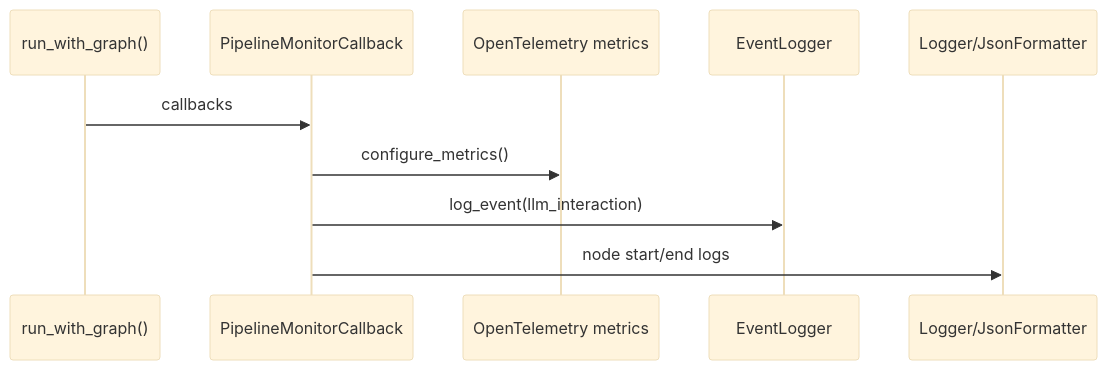
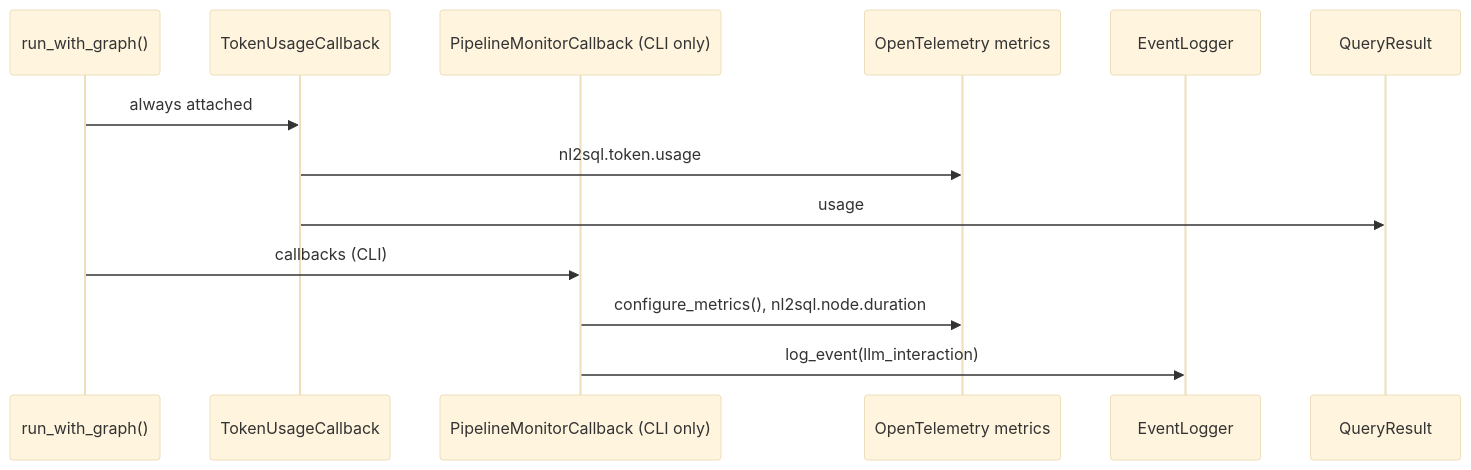
The diagram in docs/observability/stack.md (nadeem4/nl2sql), drawn with Mermaid (base theme) before and after one commit. The commit also changed other lines of this file and 29 other files, not shown here.

````diff
--- a/docs/observability/stack.md
+++ b/docs/observability/stack.md
@@ -25,13 +31,16 @@
 ```mermaid
 sequenceDiagram
     participant Pipeline as run_with_graph()
-    participant Callback as PipelineMonitorCallback
+    participant Usage as TokenUsageCallback
+    participant Callback as PipelineMonitorCallback (CLI only)
     participant Metrics as OpenTelemetry metrics
     participant Audit as EventLogger
-    participant Logs as Logger/JsonFormatter
+    participant Result as QueryResult
 
-    Pipeline->>Callback: callbacks
-    Callback->>Metrics: configure_metrics()
+    Pipeline->>Usage: always attached
+    Usage->>Metrics: nl2sql.token.usage
+    Usage->>Result: usage
+    Pipeline->>Callback: callbacks (CLI)
+    Callback->>Metrics: configure_metrics(), nl2sql.node.duration
     Callback->>Audit: log_event(llm_interaction)
-    Callback->>Logs: node start/end logs
 ```
````
